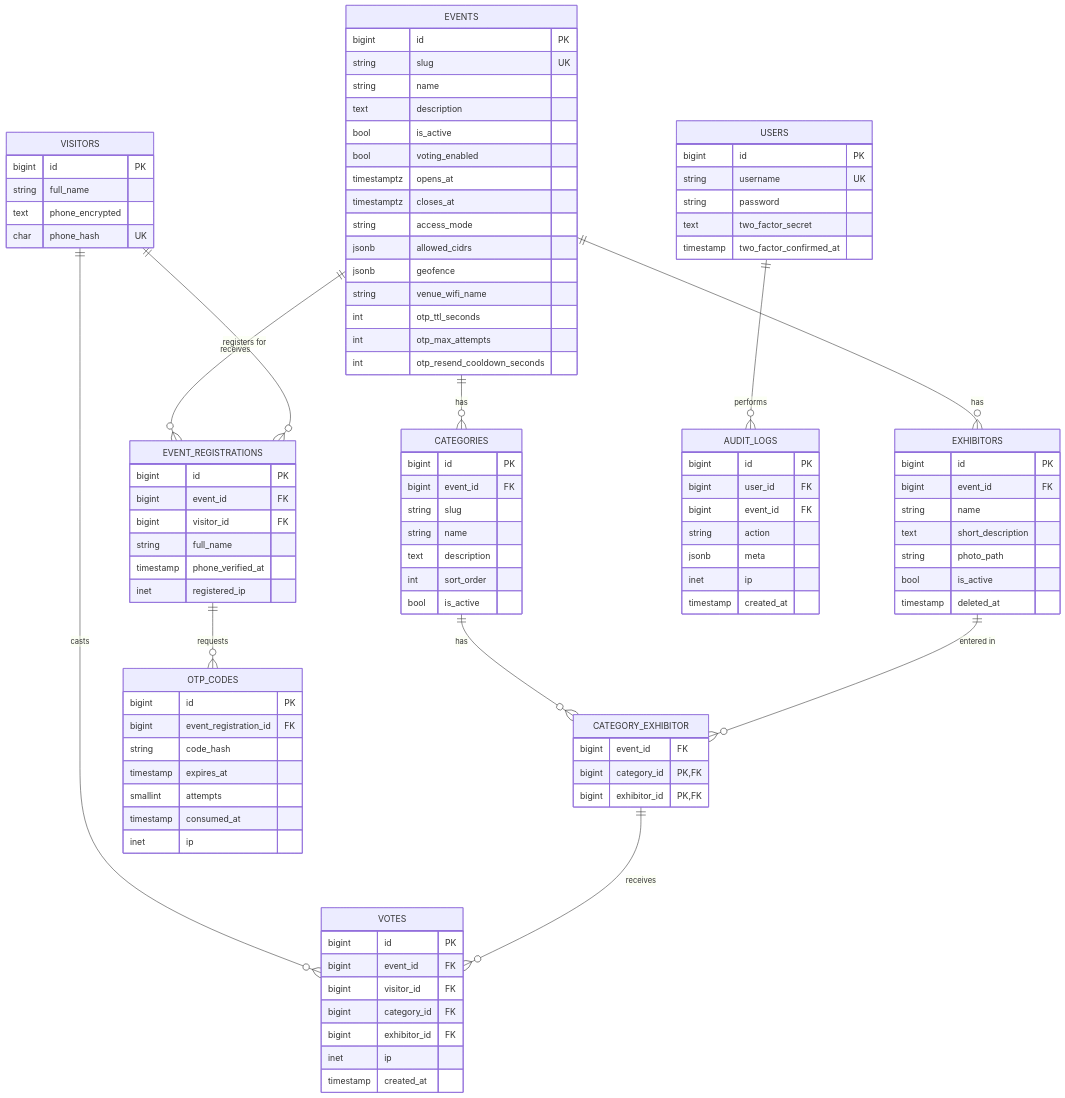
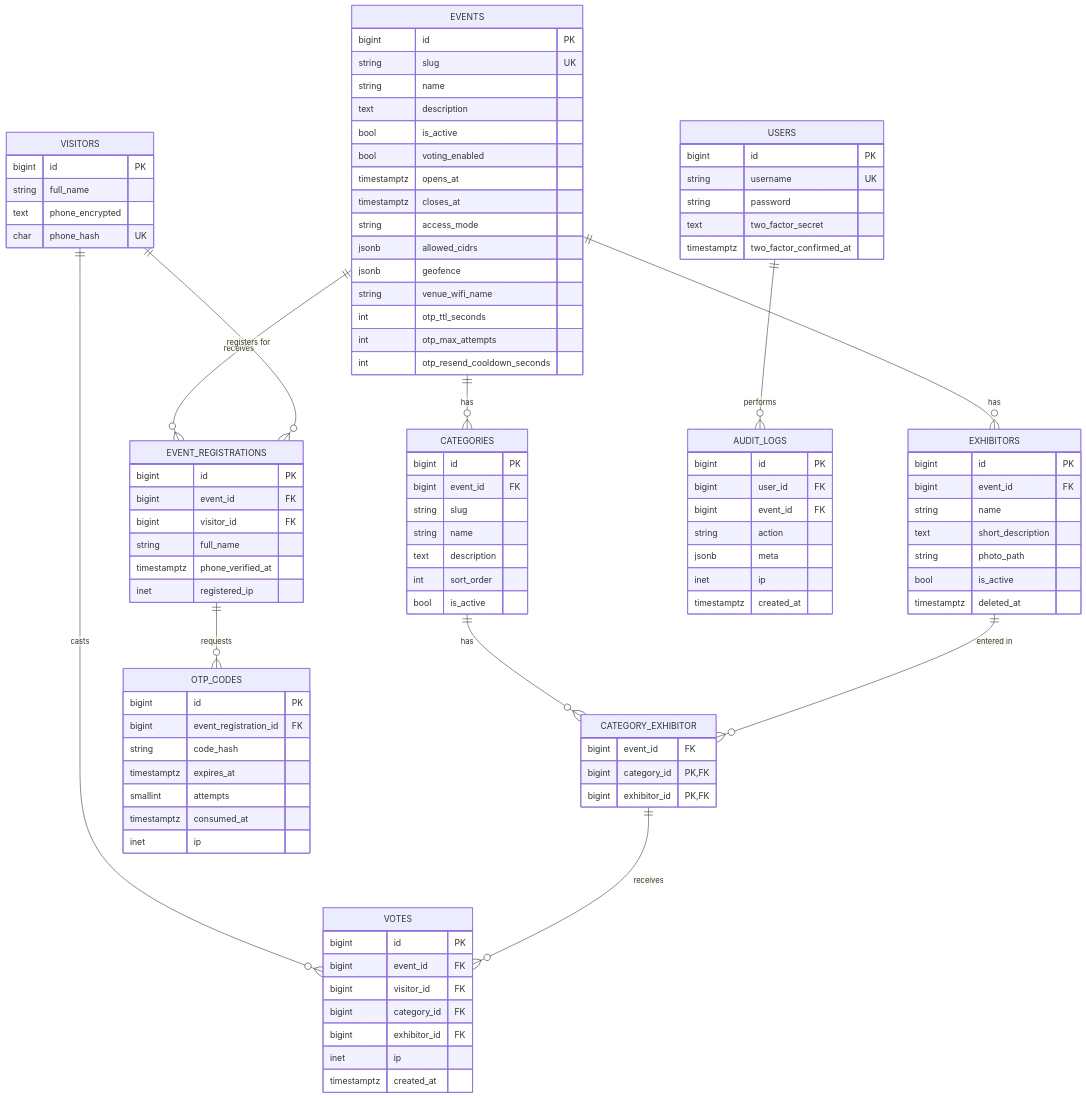
The diagram in docs/02-erd.md (opadasaleh/mc2026-voting), drawn with Mermaid before and after one commit. The commit also changed other lines of this file and 5 other files, not shown here.

First line of the commit message:
docs: sync ERD and API contract with what is built

````diff
--- a/docs/02-erd.md
+++ b/docs/02-erd.md
@@ -63,7 +63,7 @@
         text short_description
         string photo_path
         bool is_active
-        timestamp deleted_at
+        timestamptz deleted_at
     }
     CATEGORY_EXHIBITOR {
         bigint event_id FK
@@ -81,16 +81,16 @@
         bigint event_id FK
         bigint visitor_id FK
         string full_name
-        timestamp phone_verified_at
+        timestamptz phone_verified_at
         inet registered_ip
     }
     OTP_CODES {
         bigint id PK
         bigint event_registration_id FK
         string code_hash
-        timestamp expires_at
+        timestamptz expires_at
         smallint attempts
-        timestamp consumed_at
+        timestamptz consumed_at
         inet ip
     }
     VOTES {
@@ -100,14 +100,14 @@
         bigint category_id FK
         bigint exhibitor_id FK
         inet ip
-        timestamp created_at
+        timestamptz created_at
     }
     USERS {
         bigint id PK
         string username UK
         string password
         text two_factor_secret
-        timestamp two_factor_confirmed_at
+        timestamptz two_factor_confirmed_at
     }
     AUDIT_LOGS {
         bigint id PK
@@ -116,6 +116,6 @@
         string action
         jsonb meta
         inet ip
-        timestamp created_at
+        timestamptz created_at
     }
 ```
````
